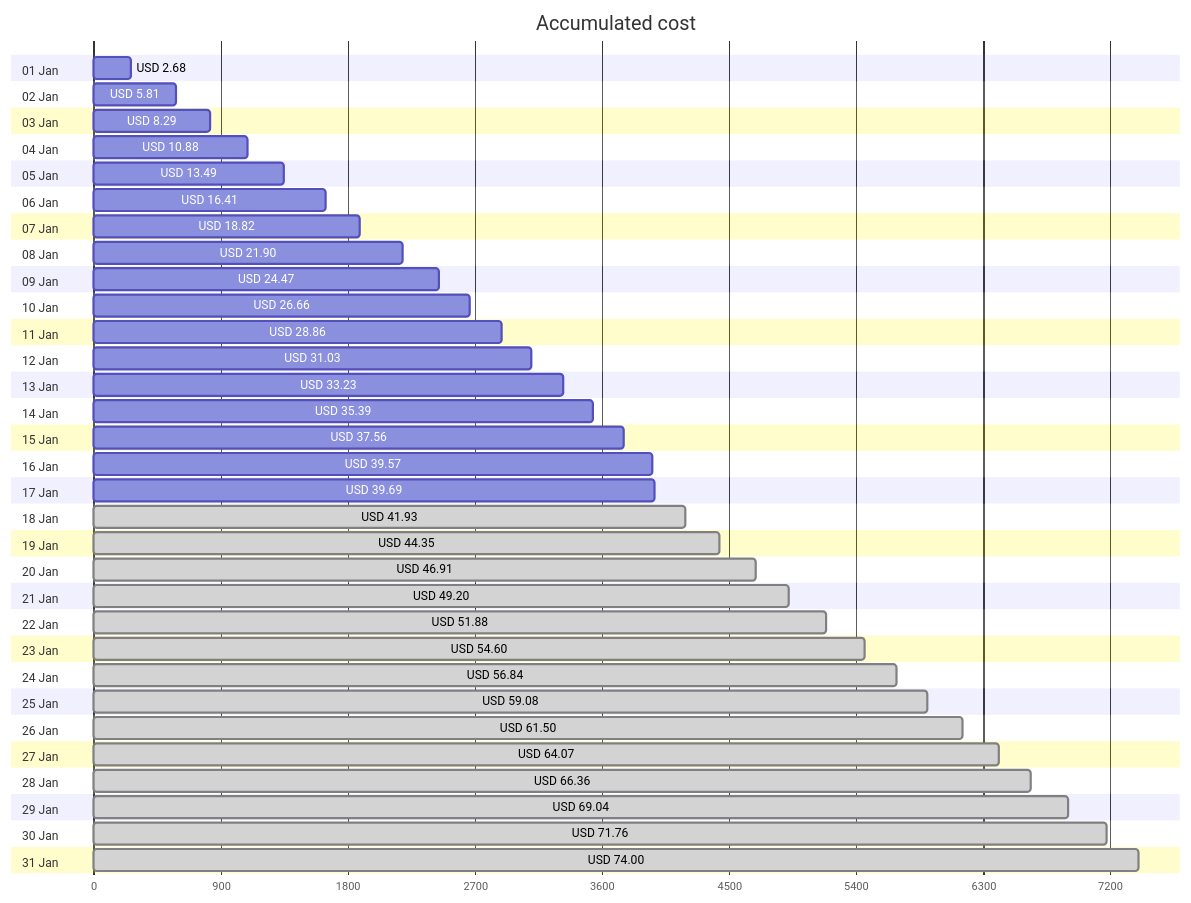
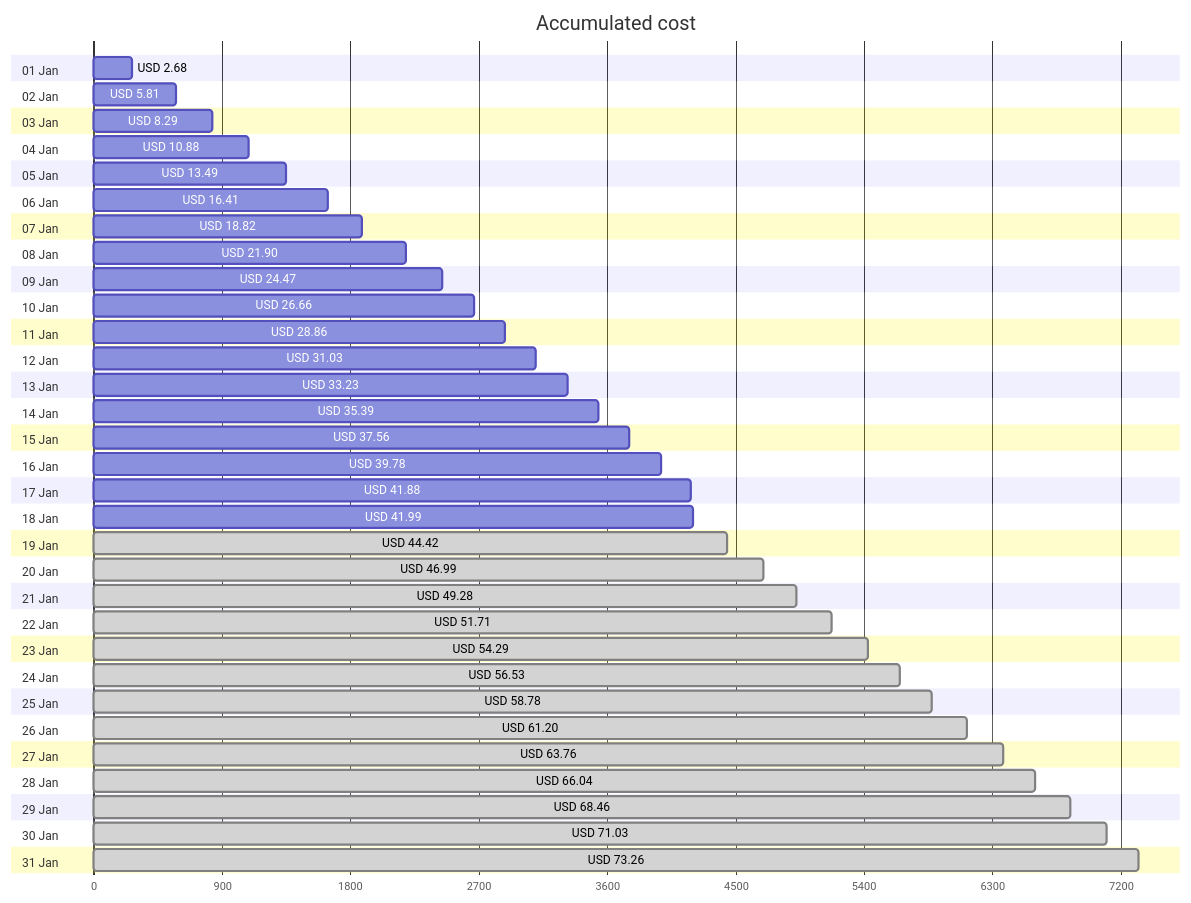
One commit to jpfulton/azure-personal-reports changed the first of 4 diagrams in cost-reports/accumulated-cost.md. Above: the diagram before and after it, drawn with Mermaid. The commit also changed other lines of this file and 4 other files, not shown here.

````diff
--- a/cost-reports/accumulated-cost.md
+++ b/cost-reports/accumulated-cost.md
@@ -20,68 +20,68 @@
 ```mermaid
 gantt
    title Accumulated cost
    dateFormat  X
    axisFormat %s
    section 01 Jan
    USD 2.68 :0, 268
    section 02 Jan
    USD 5.81 :0, 581
    section 03 Jan
    USD 8.29 :0, 829
    section 04 Jan
    USD 10.88 :0, 1088
    section 05 Jan
    USD 13.49 :0, 1349
    section 06 Jan
    USD 16.41 :0, 1641
    section 07 Jan
    USD 18.82 :0, 1882
    section 08 Jan
    USD 21.90 :0, 2190
    section 09 Jan
    USD 24.47 :0, 2447
    section 10 Jan
    USD 26.66 :0, 2666
    section 11 Jan
    USD 28.86 :0, 2886
    section 12 Jan
    USD 31.03 :0, 3103
    section 13 Jan
    USD 33.23 :0, 3323
    section 14 Jan
    USD 35.39 :0, 3539
    section 15 Jan
    USD 37.56 :0, 3756
    section 16 Jan
-   USD 39.57 :0, 3957
+   USD 39.78 :0, 3978
    section 17 Jan
-   USD 39.69 :0, 3969
+   USD 41.88 :0, 4188
    section 18 Jan
-   USD 41.93 : done, 0, 4193
+   USD 41.99 :0, 4199
    section 19 Jan
-   USD 44.35 : done, 0, 4435
+   USD 44.42 : done, 0, 4442
    section 20 Jan
-   USD 46.91 : done, 0, 4691
+   USD 46.99 : done, 0, 4699
    section 21 Jan
-   USD 49.20 : done, 0, 4920
+   USD 49.28 : done, 0, 4928
    section 22 Jan
-   USD 51.88 : done, 0, 5188
+   USD 51.71 : done, 0, 5171
    section 23 Jan
-   USD 54.60 : done, 0, 5460
+   USD 54.29 : done, 0, 5429
    section 24 Jan
-   USD 56.84 : done, 0, 5684
+   USD 56.53 : done, 0, 5653
    section 25 Jan
-   USD 59.08 : done, 0, 5908
+   USD 58.78 : done, 0, 5878
    section 26 Jan
-   USD 61.50 : done, 0, 6150
+   USD 61.20 : done, 0, 6120
    section 27 Jan
-   USD 64.07 : done, 0, 6407
+   USD 63.76 : done, 0, 6376
    section 28 Jan
-   USD 66.36 : done, 0, 6636
+   USD 66.04 : done, 0, 6604
    section 29 Jan
-   USD 69.04 : done, 0, 6904
+   USD 68.46 : done, 0, 6846
    section 30 Jan
-   USD 71.76 : done, 0, 7176
+   USD 71.03 : done, 0, 7103
    section 31 Jan
-   USD 74.00 : done, 0, 7400
+   USD 73.26 : done, 0, 7326
 ```
````
